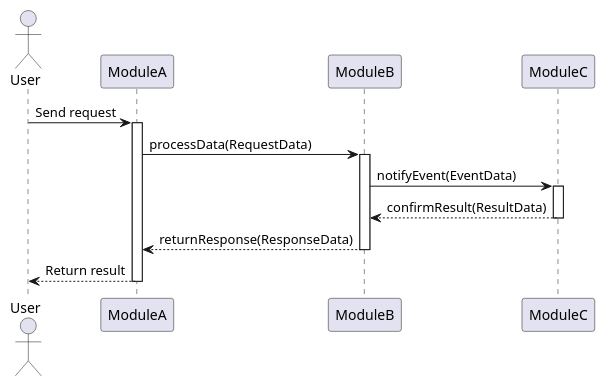
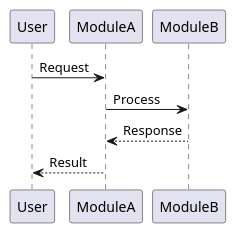
Before and after one commit to shangguan1024/sdd-workflow: the second of 5 diagrams in visualization-guide.md, drawn with PlantUML. The commit also changed other lines of this file and 5 other files, not shown here.

````diff
--- a/visualization-guide.md
+++ b/visualization-guide.md
@@ -46,21 +34,8 @@
 ```plantuml
 @startuml
-actor User
-participant "ModuleA" as A
-participant "ModuleB" as B
-participant "ModuleC" as C
-
-User -> A : Send request
-activate A
-A -> B : processData(RequestData)
-activate B
-B -> C : notifyEvent(EventData)
-activate C
-C --> B : confirmResult(ResultData)
-deactivate C
-B --> A : returnResponse(ResponseData)
-deactivate B
-A --> User : Return result
-deactivate A
+User -> ModuleA : Request
+ModuleA -> ModuleB : Process
+ModuleB --> ModuleA : Response
+ModuleA --> User : Result
 @enduml
 ```
````
